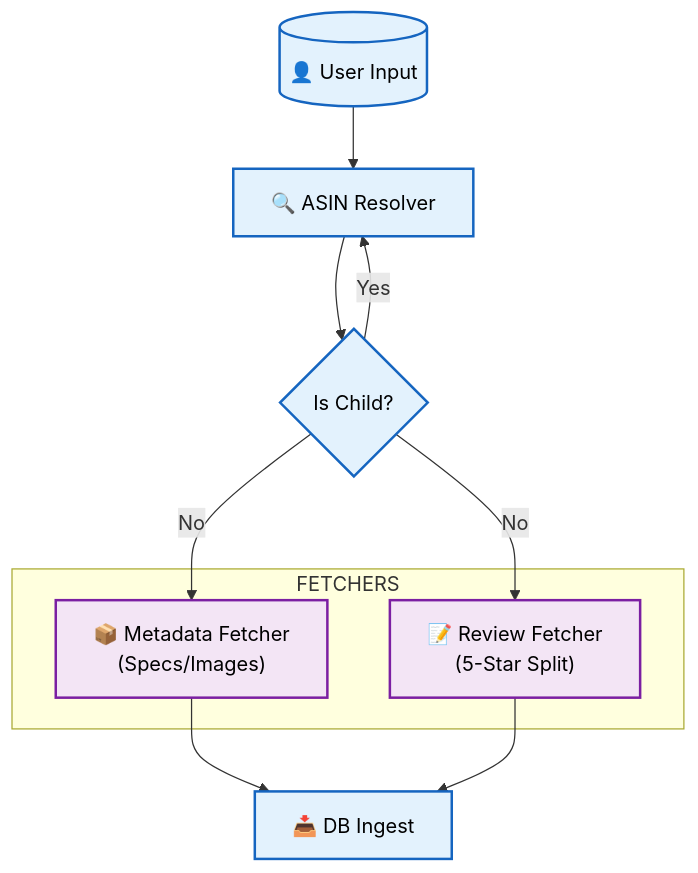
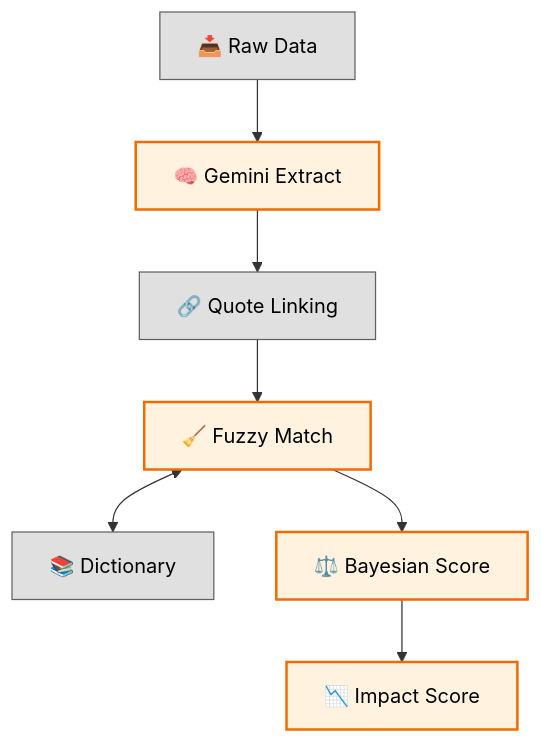
The third of 4 diagrams in docs/ECOSYSTEM_NODES_MAP.md (Daniel-LeTC/AI_market_intel_platform), drawn with Mermaid before and after one commit. The commit also changed other lines of this file, not shown here.

Commit message:
docs: consolidate AI Ecosystem Map into Master Architecture (Executive, Architect, Engineer views)

````diff
--- a/docs/ECOSYSTEM_NODES_MAP.md
+++ b/docs/ECOSYSTEM_NODES_MAP.md
@@ -104,24 +164,12 @@
 ```mermaid
 graph TD
-    classDef flow fill:#e3f2fd,stroke:#1565c0,stroke-width:2px,color:#000;
-    classDef ext fill:#f3e5f5,stroke:#7b1fa2,stroke-width:2px,color:#000;
-
-    User[("👤 User Input")]:::flow
-    Resolver["🔍 ASIN Resolver"]:::flow
-    Check{"Is Child?"}:::flow
+    classDef raw fill:#e0e0e0,stroke:#616161,stroke-width:1px,color:#000;
+    classDef ai fill:#fff3e0,stroke:#ef6c00,stroke-width:2px,color:#000;
     
-    subgraph FETCHERS
-        Meta["📦 Metadata Fetcher<br/>(Specs/Images)"]:::ext
-        Rev["📝 Review Fetcher<br/>(5-Star Split)"]:::ext
-    end
-    
-    Ingest["📥 DB Ingest"]:::flow
-
-    User --> Resolver
-    Resolver --> Check
-    Check -- Yes --> Resolver
-    Check -- No --> Meta
-    Check -- No --> Rev
-    Meta --> Ingest
-    Rev --> Ingest
+    Raw["📥 Raw Data"]:::raw --> Extract["🧠 Gemini Extract"]:::ai
+    Extract --> Evidence["🔗 Quote Linking"]:::raw
+    Evidence --> Fuzzy["🧹 Fuzzy Match"]:::ai
+    Fuzzy <--> Dict["📚 Dictionary"]:::raw
+    Fuzzy --> Bayes["⚖️ Bayesian Score"]:::ai
+    Bayes --> Impact["📉 Impact Score"]:::ai
 ```
````
